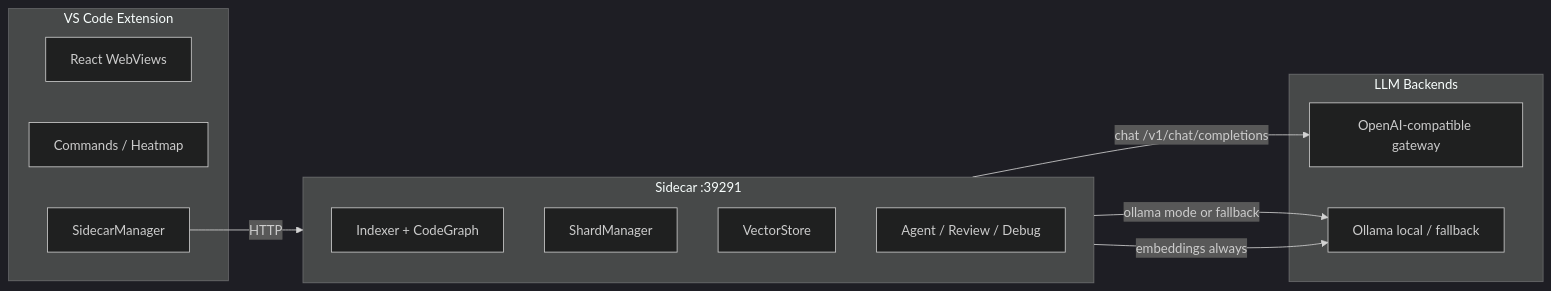
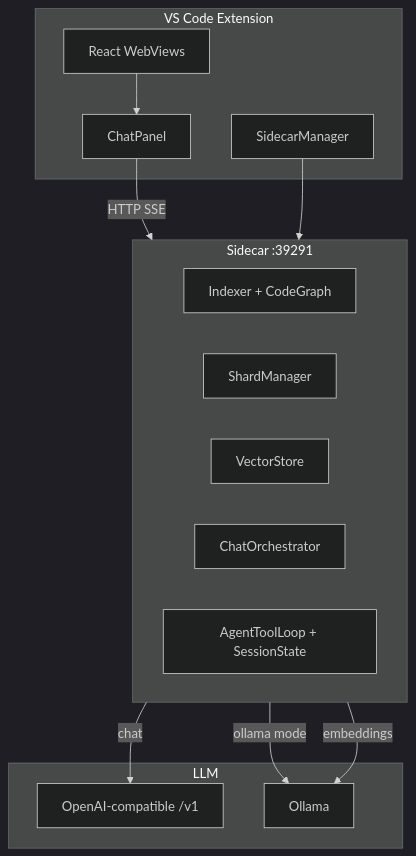
Before and after one commit to ShahjahanAli/neurocode: the diagram in README.md, drawn with Mermaid (dark theme). The commit also changed other lines of this file and 5 other files, not shown here.

````diff
--- a/README.md
+++ b/README.md
@@ -65,25 +224,28 @@
 ```mermaid
-flowchart LR
-  subgraph vscode [VS Code Extension]
+flowchart TB
+  subgraph ext [VS Code Extension]
     UI[React WebViews]
-    CMD[Commands / Heatmap]
-    SCM[SidecarManager]
+    CP[ChatPanel]
+    SM[SidecarManager]
   end
 
-  subgraph sidecar [Sidecar :39291]
+  subgraph sc [Sidecar :39291]
     IDX[Indexer + CodeGraph]
     SH[ShardManager]
     VEC[VectorStore]
-    AGT[Agent / Review / Debug]
+    ORCH[ChatOrchestrator]
+    AGT[AgentToolLoop + SessionState]
   end
 
-  subgraph llm [LLM Backends]
-    GW[OpenAI-compatible gateway]
-    OL[Ollama local / fallback]
+  subgraph llm [LLM]
+    GW[OpenAI-compatible /v1]
+    OL[Ollama]
   end
 
-  SCM -->|HTTP| sidecar
-  sidecar -->|chat /v1/chat/completions| GW
-  sidecar -->|ollama mode or fallback| OL
-  sidecar -->|embeddings always| OL
+  UI --> CP
+  CP -->|HTTP SSE| sc
+  sc -->|chat| GW
+  sc -->|ollama mode| OL
+  sc -->|embeddings| OL
+  SM --> sc
 ```
````
